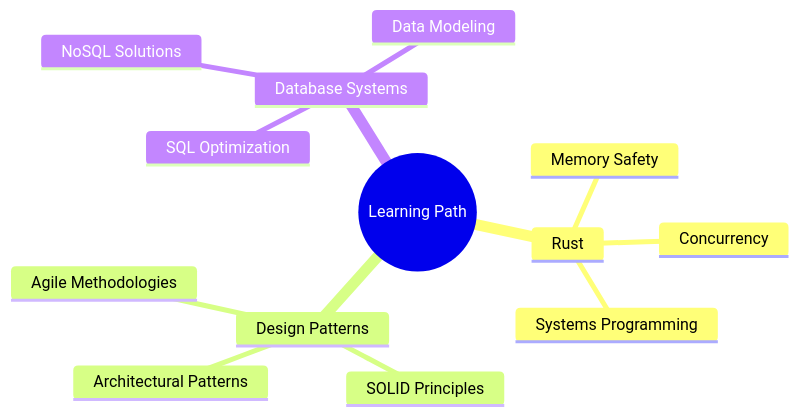
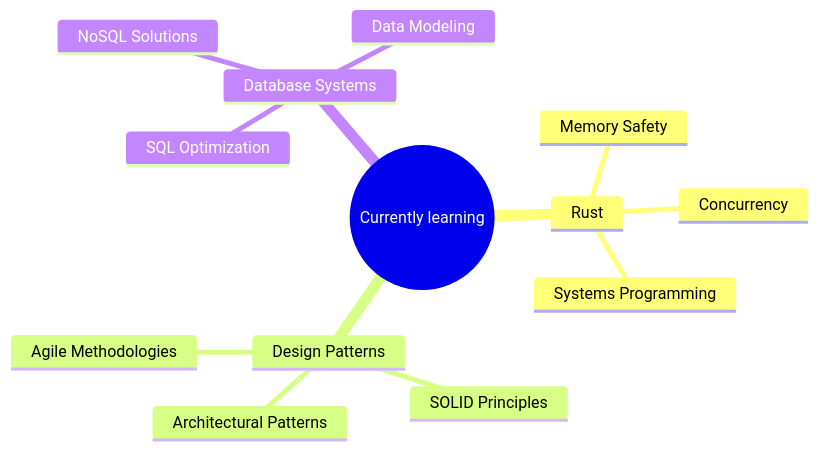
One commit to joseslavkis/joseslavkis changed the diagram in README.md. Above: the diagram before and after it, drawn with Mermaid.

````diff
--- a/README.md
+++ b/README.md
@@ -100,16 +100,16 @@
 ```mermaid
 mindmap
-  root((Learning Path))
+  root((Currently learning))
     Rust
       Memory Safety
       Concurrency
       Systems Programming
     Design Patterns
       Architectural Patterns
       SOLID Principles
       Agile Methodologies
     Database Systems
       SQL Optimization
       NoSQL Solutions
       Data Modeling
 ```
````
